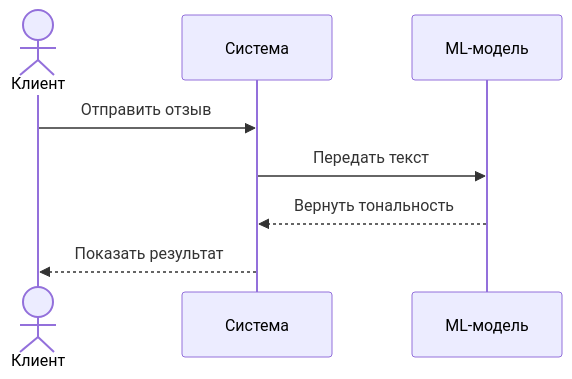
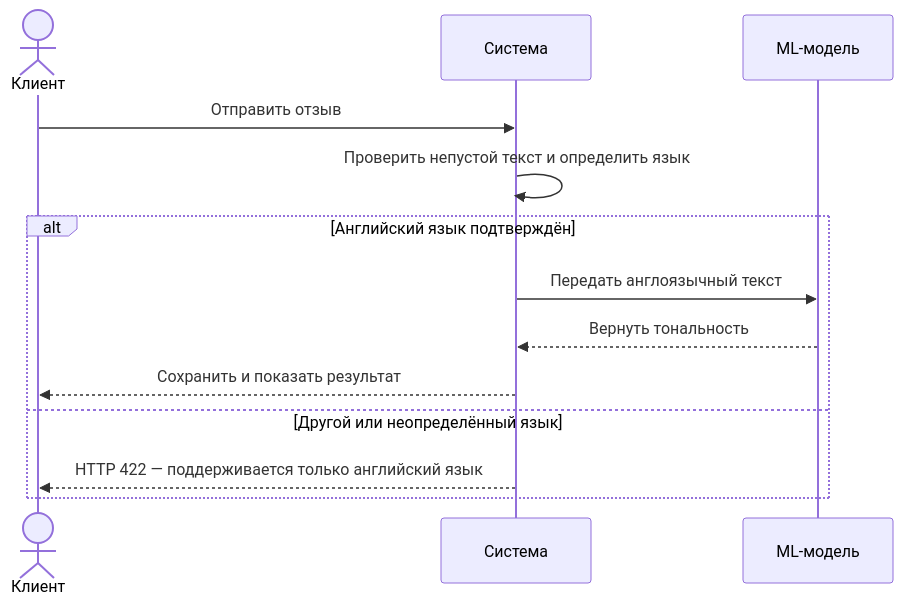
Before and after one commit to the-phrog/docs-as-code: the first of 2 diagrams in docs/project/diagrams.md, drawn with Mermaid. The commit also changed 8 other files, not shown here.

````diff
--- a/docs/project/diagrams.md
+++ b/docs/project/diagrams.md
@@ -5,10 +5,15 @@
 ```mermaid
 sequenceDiagram
     actor Client as Клиент
     participant App as Система
     participant Model as ML-модель
     Client->>App: Отправить отзыв
-    App->>Model: Передать текст
-    Model-->>App: Вернуть тональность
-    App-->>Client: Показать результат
+    App->>App: Проверить непустой текст и определить язык
+    alt Английский язык подтверждён
+        App->>Model: Передать англоязычный текст
+        Model-->>App: Вернуть тональность
+        App-->>Client: Сохранить и показать результат
+    else Другой или неопределённый язык
+        App-->>Client: HTTP 422 — поддерживается только английский язык
+    end
 ```
````
